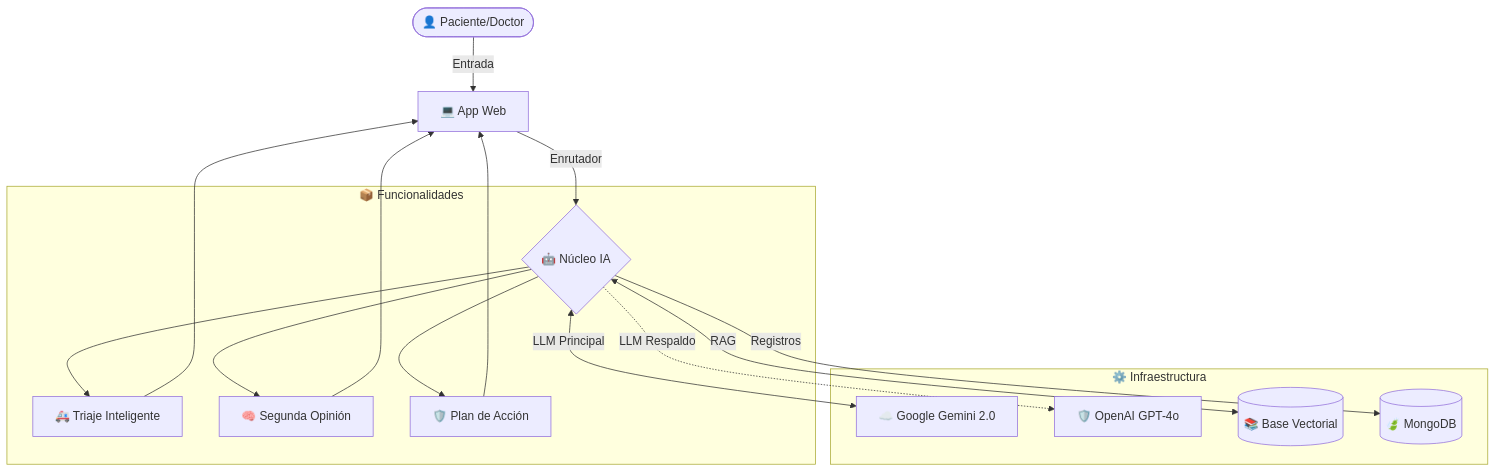
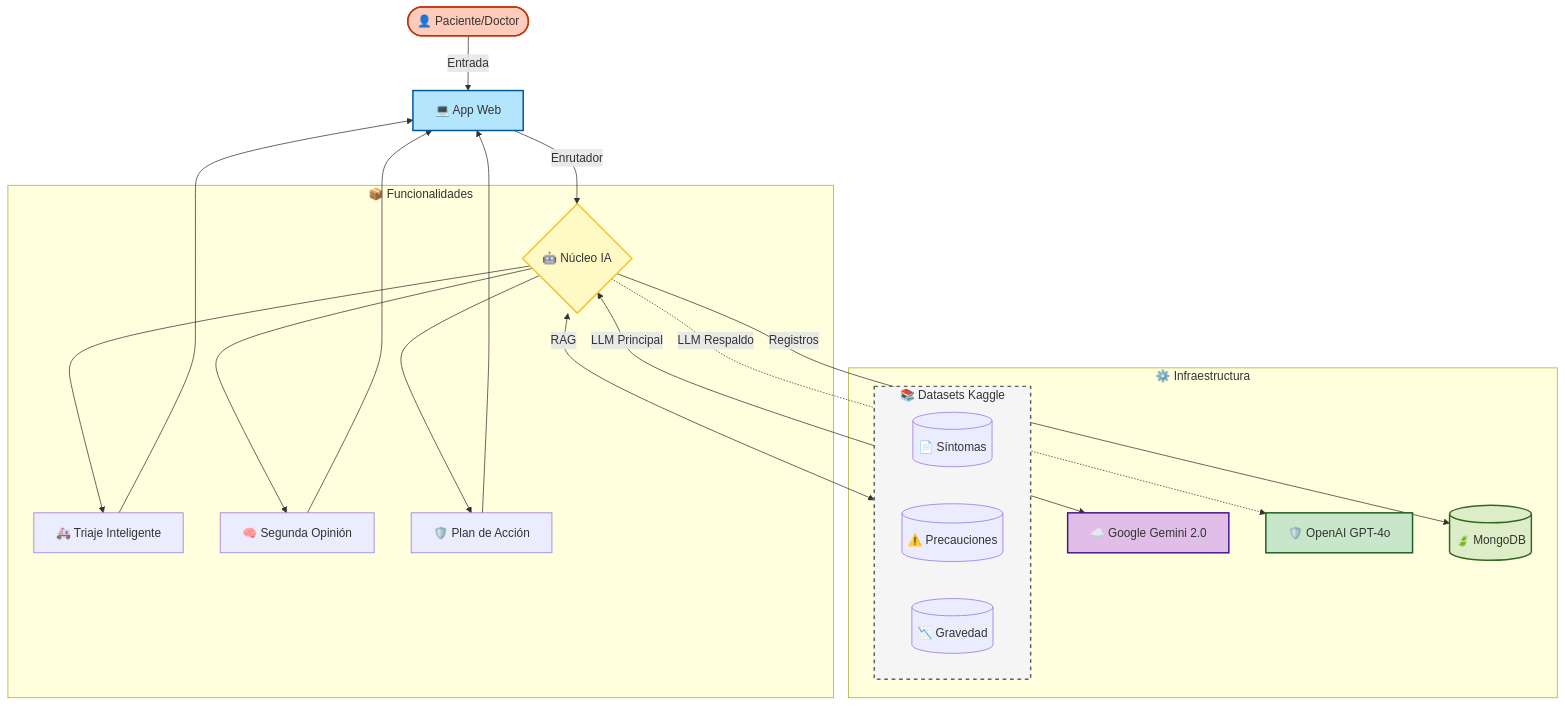
The third of 8 diagrams in README.md (Adam-Blf/Projet-IA-Generative-Doctis-AI-mo), drawn with Mermaid before and after one commit. The commit also changed other lines of this file, not shown here.

Commit message:
Docs: Update Mermaid diagrams with specific datasets and colors

````diff
--- a/README.md
+++ b/README.md
@@ -252,20 +280,34 @@
 ```mermaid
 graph TD
     User([👤 Paciente/Doctor]) -->|Entrada| UI[💻 App Web];
     UI -->|Enrutador| Agent{🤖 Núcleo IA};
     
     subgraph Modules [📦 Funcionalidades]
         Agent --> Triage[🚑 Triaje Inteligente];
         Agent --> SecondOp[🧠 Segunda Opinión];
         Agent --> Plan[🛡️ Plan de Acción];
     end
 
+    subgraph Data [📚 Datasets Kaggle]
+        D1[(📄 Síntomas)];
+        D2[(⚠️ Precauciones)];
+        D3[(📉 Gravedad)];
+    end
+
     subgraph Backend [⚙️ Infraestructura]
         Agent <-->|LLM Principal| Gemini[☁️ Google Gemini 2.0];
         Agent -.->|LLM Respaldo| GPT[🛡️ OpenAI GPT-4o];
-        Agent <-->|RAG| DB[(📚 Base Vectorial)];
+        Agent <-->|RAG| Data;
         Agent -->|Registros| Mongo[(🍃 MongoDB)];
     end
     
     Triage & SecondOp & Plan --> UI;
+    
+    style User fill:#ffccbc,stroke:#bf360c,stroke-width:2px;
+    style UI fill:#b3e5fc,stroke:#01579b,stroke-width:2px;
+    style Agent fill:#fff9c4,stroke:#fbc02d,stroke-width:2px;
+    style Gemini fill:#e1bee7,stroke:#4a148c,stroke-width:2px;
+    style GPT fill:#c8e6c9,stroke:#1b5e20,stroke-width:2px;
+    style Mongo fill:#dcedc8,stroke:#33691e,stroke-width:2px;
+    style Data fill:#f5f5f5,stroke:#616161,stroke-width:2px,stroke-dasharray: 5 5;
 ```
````
